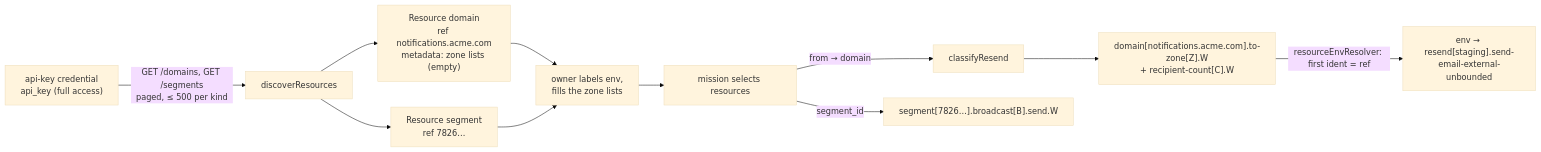
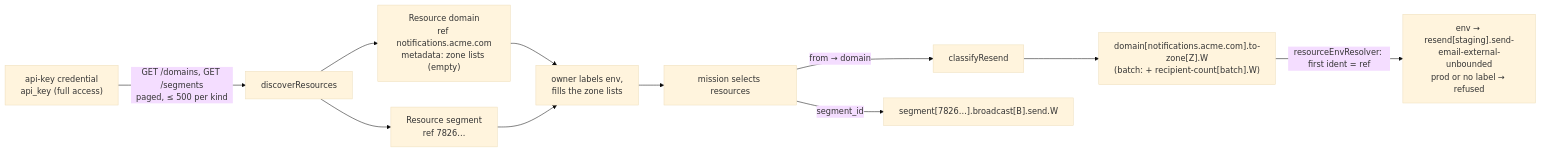
Before and after one commit to vaubaan/gateway: the diagram in docs/handbook/providers/resend.md, drawn with Mermaid (base theme). The commit also changed other lines of this file and 112 other files, not shown here.

````diff
--- a/docs/handbook/providers/resend.md
+++ b/docs/handbook/providers/resend.md
@@ -64,12 +64,12 @@
 ```mermaid
 flowchart LR
   key["api-key credential<br/>api_key (full access)"] -->|"GET /domains, GET /segments<br/>paged, ≤ 500 per kind"| disc["discoverResources"]
   disc --> d["Resource domain<br/>ref notifications.acme.com<br/>metadata: zone lists (empty)"]
   disc --> s["Resource segment<br/>ref 7826…"]
   d & s --> owner["owner labels env,<br/>fills the zone lists"]
   owner --> mission["mission selects resources"]
   mission -->|"from → domain"| cls["classifyResend"]
-  cls --> z["domain[notifications.acme.com].to-zone[Z].W<br/>+ recipient-count[C].W"]
-  z -->|"resourceEnvResolver: first ident = ref"| env["env → resend[staging].send-email-external-unbounded"]
+  cls --> z["domain[notifications.acme.com].to-zone[Z].W<br/>(batch: + recipient-count[batch].W)"]
+  z -->|"resourceEnvResolver: first ident = ref"| env["env → resend[staging].send-email-external-unbounded<br/>prod or no label → refused"]
   mission -->|"segment_id"| b["segment[7826…].broadcast[B].send.W"]
 ```
````
